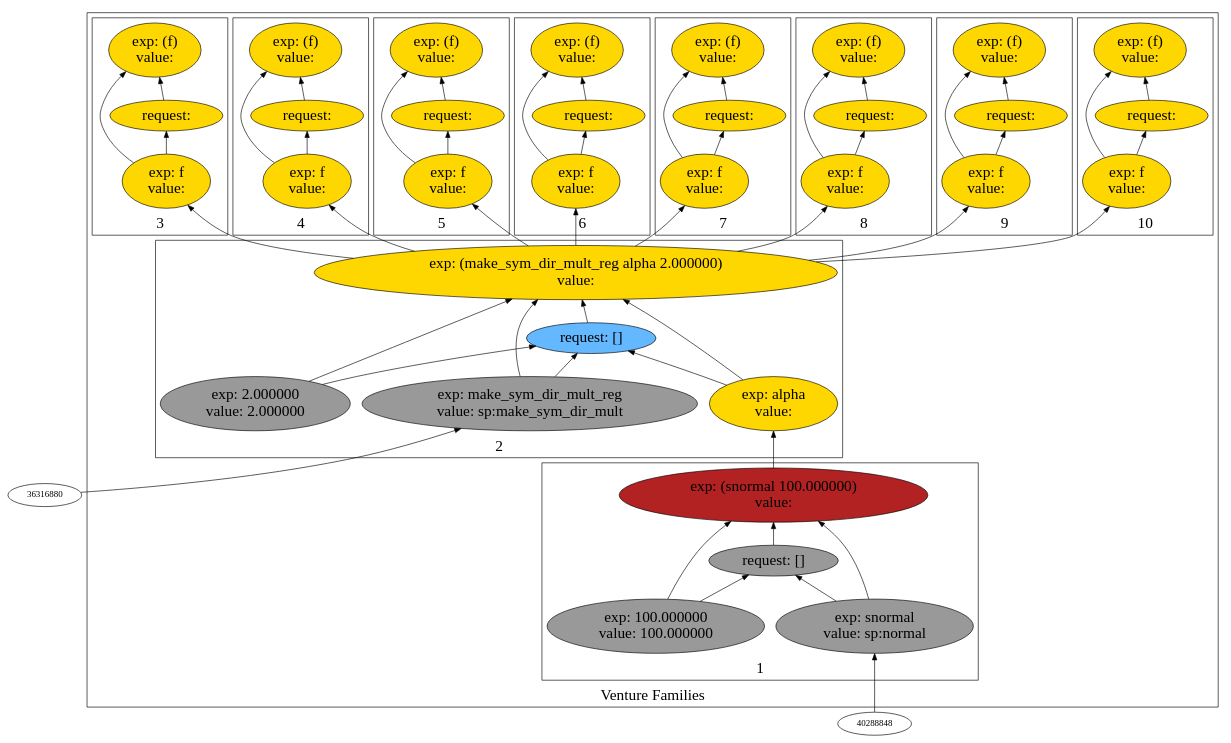
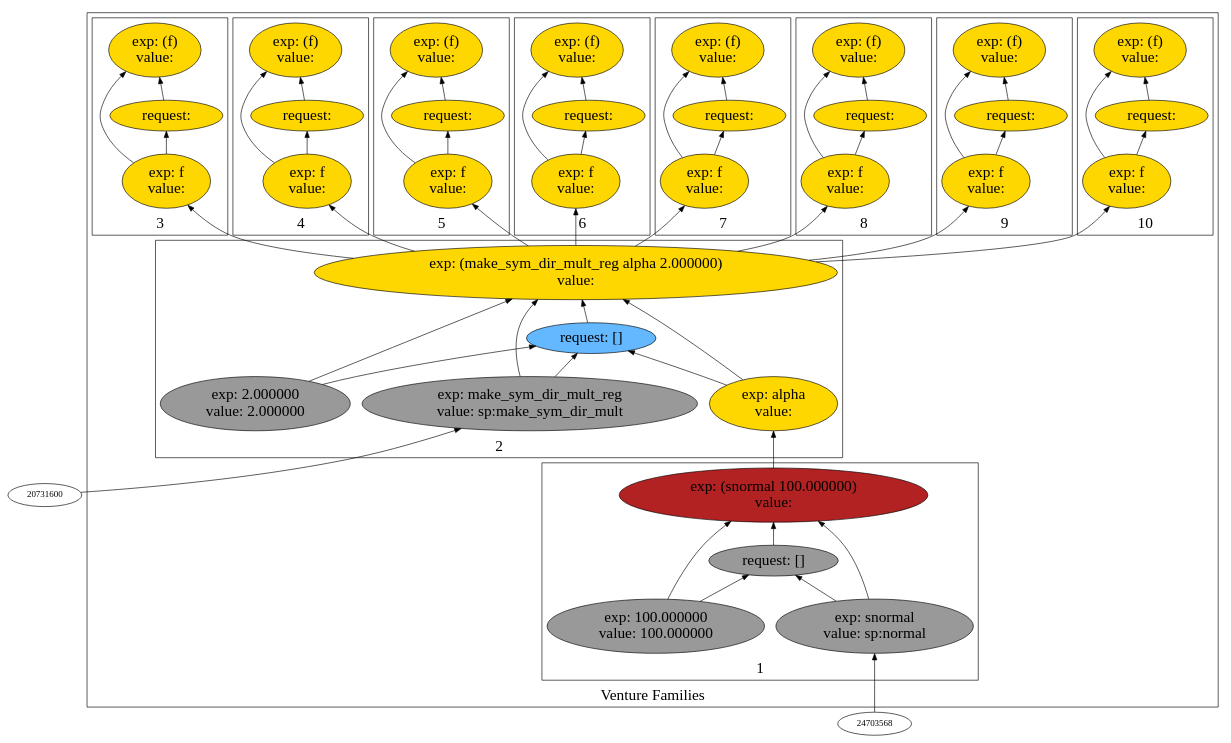
One commit to probcomp/Venturecxx changed the diagram in backend/cxx/graphs/aaa_basic_no_aaa/dot7.dot. Above: the diagram before and after it, drawn with Graphviz. The commit also changed 326 other files, not shown here.

```diff
--- a/backend/cxx/graphs/aaa_basic_no_aaa/dot7.dot
+++ b/backend/cxx/graphs/aaa_basic_no_aaa/dot7.dot
@@ -5,125 +5,125 @@
 label="Venture Families"
 subgraph cluster2 {
 label="1"
-"40313328"["fillcolor"="firebrick" "fontsize"="24" "label"="exp: (snormal 100.000000)\nvalue: " "shape"="ellipse" "style"="filled" ]
-"41760544"["fillcolor"="grey60" "fontsize"="24" "label"="request: []" "shape"="ellipse" "style"="filled" ]
-"35588656"["fillcolor"="grey60" "fontsize"="24" "label"="exp: snormal\nvalue: sp:normal" "shape"="ellipse" "style"="filled" ]
-"35128112"["fillcolor"="grey60" "fontsize"="24" "label"="exp: 100.000000\nvalue: 100.000000" "shape"="ellipse" "style"="filled" ]
+"24728048"["fillcolor"="firebrick" "fontsize"="24" "label"="exp: (snormal 100.000000)\nvalue: " "shape"="ellipse" "style"="filled" ]
+"26175264"["fillcolor"="grey60" "fontsize"="24" "label"="request: []" "shape"="ellipse" "style"="filled" ]
+"20003376"["fillcolor"="grey60" "fontsize"="24" "label"="exp: snormal\nvalue: sp:normal" "shape"="ellipse" "style"="filled" ]
+"19542832"["fillcolor"="grey60" "fontsize"="24" "label"="exp: 100.000000\nvalue: 100.000000" "shape"="ellipse" "style"="filled" ]
 }
 
 subgraph cluster3 {
 label="2"
-"35112672"["fillcolor"="gold" "fontsize"="24" "label"="exp: (make_sym_dir_mult_reg alpha 2.000000)\nvalue: " "shape"="ellipse" "style"="filled" ]
-"34675744"["fillcolor"="steelblue1" "fontsize"="24" "label"="request: []" "shape"="ellipse" "style"="filled" ]
-"37170512"["fillcolor"="grey60" "fontsize"="24" "label"="exp: make_sym_dir_mult_reg\nvalue: sp:make_sym_dir_mult" "shape"="ellipse" "style"="filled" ]
-"35601072"["fillcolor"="gold" "fontsize"="24" "label"="exp: alpha\nvalue: " "shape"="ellipse" "style"="filled" ]
-"36828112"["fillcolor"="grey60" "fontsize"="24" "label"="exp: 2.000000\nvalue: 2.000000" "shape"="ellipse" "style"="filled" ]
+"19527392"["fillcolor"="gold" "fontsize"="24" "label"="exp: (make_sym_dir_mult_reg alpha 2.000000)\nvalue: " "shape"="ellipse" "style"="filled" ]
+"19090464"["fillcolor"="steelblue1" "fontsize"="24" "label"="request: []" "shape"="ellipse" "style"="filled" ]
+"21585232"["fillcolor"="grey60" "fontsize"="24" "label"="exp: make_sym_dir_mult_reg\nvalue: sp:make_sym_dir_mult" "shape"="ellipse" "style"="filled" ]
+"20015792"["fillcolor"="gold" "fontsize"="24" "label"="exp: alpha\nvalue: " "shape"="ellipse" "style"="filled" ]
+"21242832"["fillcolor"="grey60" "fontsize"="24" "label"="exp: 2.000000\nvalue: 2.000000" "shape"="ellipse" "style"="filled" ]
 }
 
 subgraph cluster4 {
 label="3"
-"40133552"["fillcolor"="gold" "fontsize"="24" "label"="exp: (f)\nvalue: " "shape"="ellipse" "style"="filled" ]
-"40169152"["fillcolor"="gold" "fontsize"="24" "label"="request: " "shape"="ellipse" "style"="filled" ]
-"35342768"["fillcolor"="gold" "fontsize"="24" "label"="exp: f\nvalue: " "shape"="ellipse" "style"="filled" ]
+"24548272"["fillcolor"="gold" "fontsize"="24" "label"="exp: (f)\nvalue: " "shape"="ellipse" "style"="filled" ]
+"24583872"["fillcolor"="gold" "fontsize"="24" "label"="request: " "shape"="ellipse" "style"="filled" ]
+"19757488"["fillcolor"="gold" "fontsize"="24" "label"="exp: f\nvalue: " "shape"="ellipse" "style"="filled" ]
 }
 
 subgraph cluster5 {
 label="4"
-"35315600"["fillcolor"="gold" "fontsize"="24" "label"="exp: (f)\nvalue: " "shape"="ellipse" "style"="filled" ]
-"38135984"["fillcolor"="gold" "fontsize"="24" "label"="request: " "shape"="ellipse" "style"="filled" ]
-"32618240"["fillcolor"="gold" "fontsize"="24" "label"="exp: f\nvalue: " "shape"="ellipse" "style"="filled" ]
+"19730320"["fillcolor"="gold" "fontsize"="24" "label"="exp: (f)\nvalue: " "shape"="ellipse" "style"="filled" ]
+"22550704"["fillcolor"="gold" "fontsize"="24" "label"="request: " "shape"="ellipse" "style"="filled" ]
+"17032960"["fillcolor"="gold" "fontsize"="24" "label"="exp: f\nvalue: " "shape"="ellipse" "style"="filled" ]
 }
 
 subgraph cluster6 {
 label="5"
-"40503200"["fillcolor"="gold" "fontsize"="24" "label"="exp: (f)\nvalue: " "shape"="ellipse" "style"="filled" ]
-"42259424"["fillcolor"="gold" "fontsize"="24" "label"="request: " "shape"="ellipse" "style"="filled" ]
-"40570176"["fillcolor"="gold" "fontsize"="24" "label"="exp: f\nvalue: " "shape"="ellipse" "style"="filled" ]
+"24917920"["fillcolor"="gold" "fontsize"="24" "label"="exp: (f)\nvalue: " "shape"="ellipse" "style"="filled" ]
+"26674144"["fillcolor"="gold" "fontsize"="24" "label"="request: " "shape"="ellipse" "style"="filled" ]
+"24984896"["fillcolor"="gold" "fontsize"="24" "label"="exp: f\nvalue: " "shape"="ellipse" "style"="filled" ]
 }
 
 subgraph cluster7 {
 label="6"
-"41246448"["fillcolor"="gold" "fontsize"="24" "label"="exp: (f)\nvalue: " "shape"="ellipse" "style"="filled" ]
-"42217824"["fillcolor"="gold" "fontsize"="24" "label"="request: " "shape"="ellipse" "style"="filled" ]
-"42825424"["fillcolor"="gold" "fontsize"="24" "label"="exp: f\nvalue: " "shape"="ellipse" "style"="filled" ]
+"25661168"["fillcolor"="gold" "fontsize"="24" "label"="exp: (f)\nvalue: " "shape"="ellipse" "style"="filled" ]
+"26632544"["fillcolor"="gold" "fontsize"="24" "label"="request: " "shape"="ellipse" "style"="filled" ]
+"27240144"["fillcolor"="gold" "fontsize"="24" "label"="exp: f\nvalue: " "shape"="ellipse" "style"="filled" ]
 }
 
 subgraph cluster8 {
 label="7"
-"41748048"["fillcolor"="gold" "fontsize"="24" "label"="exp: (f)\nvalue: " "shape"="ellipse" "style"="filled" ]
-"40322624"["fillcolor"="gold" "fontsize"="24" "label"="request: " "shape"="ellipse" "style"="filled" ]
-"40245936"["fillcolor"="gold" "fontsize"="24" "label"="exp: f\nvalue: " "shape"="ellipse" "style"="filled" ]
+"26162768"["fillcolor"="gold" "fontsize"="24" "label"="exp: (f)\nvalue: " "shape"="ellipse" "style"="filled" ]
+"24737344"["fillcolor"="gold" "fontsize"="24" "label"="request: " "shape"="ellipse" "style"="filled" ]
+"24660656"["fillcolor"="gold" "fontsize"="24" "label"="exp: f\nvalue: " "shape"="ellipse" "style"="filled" ]
 }
 
 subgraph cluster9 {
 label="8"
-"39407056"["fillcolor"="gold" "fontsize"="24" "label"="exp: (f)\nvalue: " "shape"="ellipse" "style"="filled" ]
-"40107104"["fillcolor"="gold" "fontsize"="24" "label"="request: " "shape"="ellipse" "style"="filled" ]
-"41927072"["fillcolor"="gold" "fontsize"="24" "label"="exp: f\nvalue: " "shape"="ellipse" "style"="filled" ]
+"23821776"["fillcolor"="gold" "fontsize"="24" "label"="exp: (f)\nvalue: " "shape"="ellipse" "style"="filled" ]
+"24521824"["fillcolor"="gold" "fontsize"="24" "label"="request: " "shape"="ellipse" "style"="filled" ]
+"26341792"["fillcolor"="gold" "fontsize"="24" "label"="exp: f\nvalue: " "shape"="ellipse" "style"="filled" ]
 }
 
 subgraph cluster10 {
 label="9"
-"40761488"["fillcolor"="gold" "fontsize"="24" "label"="exp: (f)\nvalue: " "shape"="ellipse" "style"="filled" ]
-"40760384"["fillcolor"="gold" "fontsize"="24" "label"="request: " "shape"="ellipse" "style"="filled" ]
-"40762592"["fillcolor"="gold" "fontsize"="24" "label"="exp: f\nvalue: " "shape"="ellipse" "style"="filled" ]
+"25176208"["fillcolor"="gold" "fontsize"="24" "label"="exp: (f)\nvalue: " "shape"="ellipse" "style"="filled" ]
+"25175104"["fillcolor"="gold" "fontsize"="24" "label"="request: " "shape"="ellipse" "style"="filled" ]
+"25177312"["fillcolor"="gold" "fontsize"="24" "label"="exp: f\nvalue: " "shape"="ellipse" "style"="filled" ]
 }
 
 subgraph cluster11 {
 label="10"
-"42588480"["fillcolor"="gold" "fontsize"="24" "label"="exp: (f)\nvalue: " "shape"="ellipse" "style"="filled" ]
-"39962608"["fillcolor"="gold" "fontsize"="24" "label"="request: " "shape"="ellipse" "style"="filled" ]
-"39519184"["fillcolor"="gold" "fontsize"="24" "label"="exp: f\nvalue: " "shape"="ellipse" "style"="filled" ]
+"27003200"["fillcolor"="gold" "fontsize"="24" "label"="exp: (f)\nvalue: " "shape"="ellipse" "style"="filled" ]
+"24377328"["fillcolor"="gold" "fontsize"="24" "label"="request: " "shape"="ellipse" "style"="filled" ]
+"23933904"["fillcolor"="gold" "fontsize"="24" "label"="exp: f\nvalue: " "shape"="ellipse" "style"="filled" ]
 }
 
 }
 
-"37170512" -> "35112672"["arrowhead"="normal" "color"="black" "constraint"="true" "style"="solid" ]
-"37170512" -> "34675744"["arrowhead"="normal" "color"="black" "constraint"="true" "style"="solid" ]
-"36316880" -> "37170512"["arrowhead"="normal" "color"="black" "constraint"="true" "style"="solid" ]
-"35601072" -> "35112672"["arrowhead"="normal" "color"="black" "constraint"="true" "style"="solid" ]
-"35601072" -> "34675744"["arrowhead"="normal" "color"="black" "constraint"="true" "style"="solid" ]
-"40313328" -> "35601072"["arrowhead"="normal" "color"="black" "constraint"="true" "style"="solid" ]
-"36828112" -> "35112672"["arrowhead"="normal" "color"="black" "constraint"="true" "style"="solid" ]
-"36828112" -> "34675744"["arrowhead"="normal" "color"="black" "constraint"="true" "style"="solid" ]
-"34675744" -> "35112672"["arrowhead"="normal" "color"="black" "constraint"="true" "style"="solid" ]
-"32618240" -> "35315600"["arrowhead"="normal" "color"="black" "constraint"="true" "style"="solid" ]
-"32618240" -> "38135984"["arrowhead"="normal" "color"="black" "constraint"="true" "style"="solid" ]
-"35112672" -> "32618240"["arrowhead"="normal" "color"="black" "constraint"="true" "style"="solid" ]
-"38135984" -> "35315600"["arrowhead"="normal" "color"="black" "constraint"="true" "style"="solid" ]
-"41927072" -> "39407056"["arrowhead"="normal" "color"="black" "constraint"="true" "style"="solid" ]
-"41927072" -> "40107104"["arrowhead"="normal" "color"="black" "constraint"="true" "style"="solid" ]
-"35112672" -> "41927072"["arrowhead"="normal" "color"="black" "constraint"="true" "style"="solid" ]
-"40107104" -> "39407056"["arrowhead"="normal" "color"="black" "constraint"="true" "style"="solid" ]
-"35342768" -> "40133552"["arrowhead"="normal" "color"="black" "constraint"="true" "style"="solid" ]
-"35342768" -> "40169152"["arrowhead"="normal" "color"="black" "constraint"="true" "style"="solid" ]
-"35112672" -> "35342768"["arrowhead"="normal" "color"="black" "constraint"="true" "style"="solid" ]
-"40169152" -> "40133552"["arrowhead"="normal" "color"="black" "constraint"="true" "style"="solid" ]
-"35588656" -> "40313328"["arrowhead"="normal" "color"="black" "constraint"="true" "style"="solid" ]
-"35588656" -> "41760544"["arrowhead"="normal" "color"="black" "constraint"="true" "style"="solid" ]
-"40288848" -> "35588656"["arrowhead"="normal" "color"="black" "constraint"="true" "style"="solid" ]
-"35128112" -> "40313328"["arrowhead"="normal" "color"="black" "constraint"="true" "style"="solid" ]
-"35128112" -> "41760544"["arrowhead"="normal" "color"="black" "constraint"="true" "style"="solid" ]
-"41760544" -> "40313328"["arrowhead"="normal" "color"="black" "constraint"="true" "style"="solid" ]
-"40570176" -> "40503200"["arrowhead"="normal" "color"="black" "constraint"="true" "style"="solid" ]
-"40570176" -> "42259424"["arrowhead"="normal" "color"="black" "constraint"="true" "style"="solid" ]
-"35112672" -> "40570176"["arrowhead"="normal" "color"="black" "constraint"="true" "style"="solid" ]
-"42259424" -> "40503200"["arrowhead"="normal" "color"="black" "constraint"="true" "style"="solid" ]
-"40762592" -> "40761488"["arrowhead"="normal" "color"="black" "constraint"="true" "style"="solid" ]
-"40762592" -> "40760384"["arrowhead"="normal" "color"="black" "constraint"="true" "style"="solid" ]
-"35112672" -> "40762592"["arrowhead"="normal" "color"="black" "constraint"="true" "style"="solid" ]
-"40760384" -> "40761488"["arrowhead"="normal" "color"="black" "constraint"="true" "style"="solid" ]
-"42825424" -> "41246448"["arrowhead"="normal" "color"="black" "constraint"="true" "style"="solid" ]
-"42825424" -> "42217824"["arrowhead"="normal" "color"="black" "constraint"="true" "style"="solid" ]
-"35112672" -> "42825424"["arrowhead"="normal" "color"="black" "constraint"="true" "style"="solid" ]
-"42217824" -> "41246448"["arrowhead"="normal" "color"="black" "constraint"="true" "style"="solid" ]
-"40245936" -> "41748048"["arrowhead"="normal" "color"="black" "constraint"="true" "style"="solid" ]
-"40245936" -> "40322624"["arrowhead"="normal" "color"="black" "constraint"="true" "style"="solid" ]
-"35112672" -> "40245936"["arrowhead"="normal" "color"="black" "constraint"="true" "style"="solid" ]
-"40322624" -> "41748048"["arrowhead"="normal" "color"="black" "constraint"="true" "style"="solid" ]
-"39519184" -> "42588480"["arrowhead"="normal" "color"="black" "constraint"="true" "style"="solid" ]
-"39519184" -> "39962608"["arrowhead"="normal" "color"="black" "constraint"="true" "style"="solid" ]
-"35112672" -> "39519184"["arrowhead"="normal" "color"="black" "constraint"="true" "style"="solid" ]
-"39962608" -> "42588480"["arrowhead"="normal" "color"="black" "constraint"="true" "style"="solid" ]
+"21585232" -> "19527392"["arrowhead"="normal" "color"="black" "constraint"="true" "style"="solid" ]
+"21585232" -> "19090464"["arrowhead"="normal" "color"="black" "constraint"="true" "style"="solid" ]
+"20731600" -> "21585232"["arrowhead"="normal" "color"="black" "constraint"="true" "style"="solid" ]
+"20015792" -> "19527392"["arrowhead"="normal" "color"="black" "constraint"="true" "style"="solid" ]
+"20015792" -> "19090464"["arrowhead"="normal" "color"="black" "constraint"="true" "style"="solid" ]
+"24728048" -> "20015792"["arrowhead"="normal" "color"="black" "constraint"="true" "style"="solid" ]
+"21242832" -> "19527392"["arrowhead"="normal" "color"="black" "constraint"="true" "style"="solid" ]
+"21242832" -> "19090464"["arrowhead"="normal" "color"="black" "constraint"="true" "style"="solid" ]
+"19090464" -> "19527392"["arrowhead"="normal" "color"="black" "constraint"="true" "style"="solid" ]
+"17032960" -> "19730320"["arrowhead"="normal" "color"="black" "constraint"="true" "style"="solid" ]
+"17032960" -> "22550704"["arrowhead"="normal" "color"="black" "constraint"="true" "style"="solid" ]
+"19527392" -> "17032960"["arrowhead"="normal" "color"="black" "constraint"="true" "style"="solid" ]
+"22550704" -> "19730320"["arrowhead"="normal" "color"="black" "constraint"="true" "style"="solid" ]
+"26341792" -> "23821776"["arrowhead"="normal" "color"="black" "constraint"="true" "style"="solid" ]
+"26341792" -> "24521824"["arrowhead"="normal" "color"="black" "constraint"="true" "style"="solid" ]
+"19527392" -> "26341792"["arrowhead"="normal" "color"="black" "constraint"="true" "style"="solid" ]
+"24521824" -> "23821776"["arrowhead"="normal" "color"="black" "constraint"="true" "style"="solid" ]
+"19757488" -> "24548272"["arrowhead"="normal" "color"="black" "constraint"="true" "style"="solid" ]
+"19757488" -> "24583872"["arrowhead"="normal" "color"="black" "constraint"="true" "style"="solid" ]
+"19527392" -> "19757488"["arrowhead"="normal" "color"="black" "constraint"="true" "style"="solid" ]
+"24583872" -> "24548272"["arrowhead"="normal" "color"="black" "constraint"="true" "style"="solid" ]
+"20003376" -> "24728048"["arrowhead"="normal" "color"="black" "constraint"="true" "style"="solid" ]
+"20003376" -> "26175264"["arrowhead"="normal" "color"="black" "constraint"="true" "style"="solid" ]
+"24703568" -> "20003376"["arrowhead"="normal" "color"="black" "constraint"="true" "style"="solid" ]
+"19542832" -> "24728048"["arrowhead"="normal" "color"="black" "constraint"="true" "style"="solid" ]
+"19542832" -> "26175264"["arrowhead"="normal" "color"="black" "constraint"="true" "style"="solid" ]
+"26175264" -> "24728048"["arrowhead"="normal" "color"="black" "constraint"="true" "style"="solid" ]
+"24984896" -> "24917920"["arrowhead"="normal" "color"="black" "constraint"="true" "style"="solid" ]
+"24984896" -> "26674144"["arrowhead"="normal" "color"="black" "constraint"="true" "style"="solid" ]
+"19527392" -> "24984896"["arrowhead"="normal" "color"="black" "constraint"="true" "style"="solid" ]
+"26674144" -> "24917920"["arrowhead"="normal" "color"="black" "constraint"="true" "style"="solid" ]
+"25177312" -> "25176208"["arrowhead"="normal" "color"="black" "constraint"="true" "style"="solid" ]
+"25177312" -> "25175104"["arrowhead"="normal" "color"="black" "constraint"="true" "style"="solid" ]
+"19527392" -> "25177312"["arrowhead"="normal" "color"="black" "constraint"="true" "style"="solid" ]
+"25175104" -> "25176208"["arrowhead"="normal" "color"="black" "constraint"="true" "style"="solid" ]
+"27240144" -> "25661168"["arrowhead"="normal" "color"="black" "constraint"="true" "style"="solid" ]
+"27240144" -> "26632544"["arrowhead"="normal" "color"="black" "constraint"="true" "style"="solid" ]
+"19527392" -> "27240144"["arrowhead"="normal" "color"="black" "constraint"="true" "style"="solid" ]
+"26632544" -> "25661168"["arrowhead"="normal" "color"="black" "constraint"="true" "style"="solid" ]
+"24660656" -> "26162768"["arrowhead"="normal" "color"="black" "constraint"="true" "style"="solid" ]
+"24660656" -> "24737344"["arrowhead"="normal" "color"="black" "constraint"="true" "style"="solid" ]
+"19527392" -> "24660656"["arrowhead"="normal" "color"="black" "constraint"="true" "style"="solid" ]
+"24737344" -> "26162768"["arrowhead"="normal" "color"="black" "constraint"="true" "style"="solid" ]
+"23933904" -> "27003200"["arrowhead"="normal" "color"="black" "constraint"="true" "style"="solid" ]
+"23933904" -> "24377328"["arrowhead"="normal" "color"="black" "constraint"="true" "style"="solid" ]
+"19527392" -> "23933904"["arrowhead"="normal" "color"="black" "constraint"="true" "style"="solid" ]
+"24377328" -> "27003200"["arrowhead"="normal" "color"="black" "constraint"="true" "style"="solid" ]
 
 }
```
